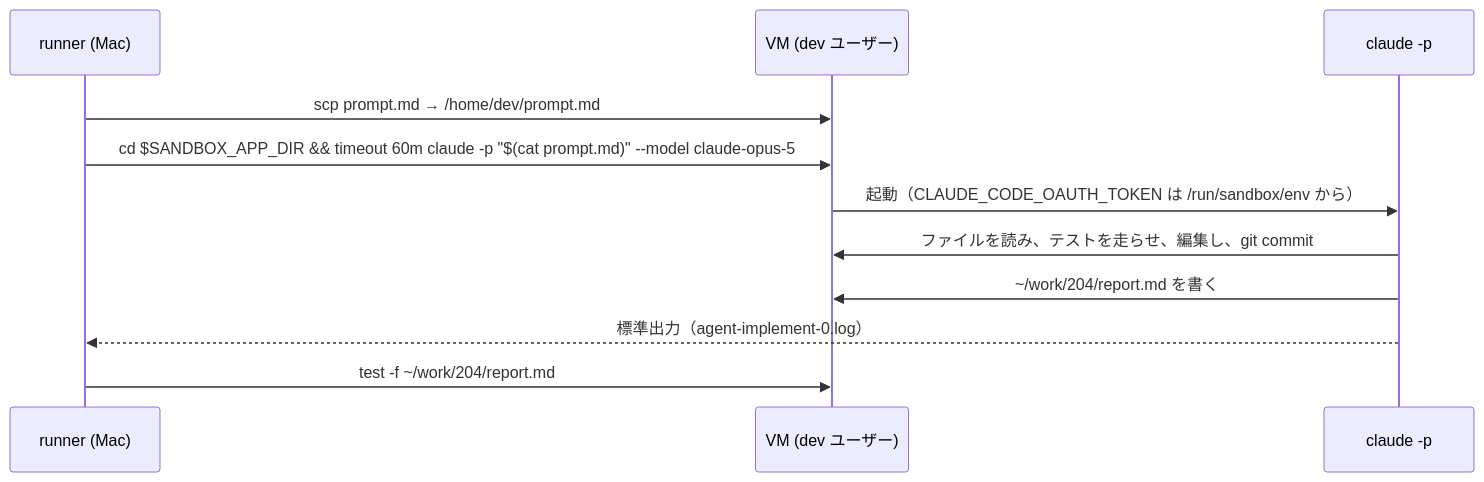
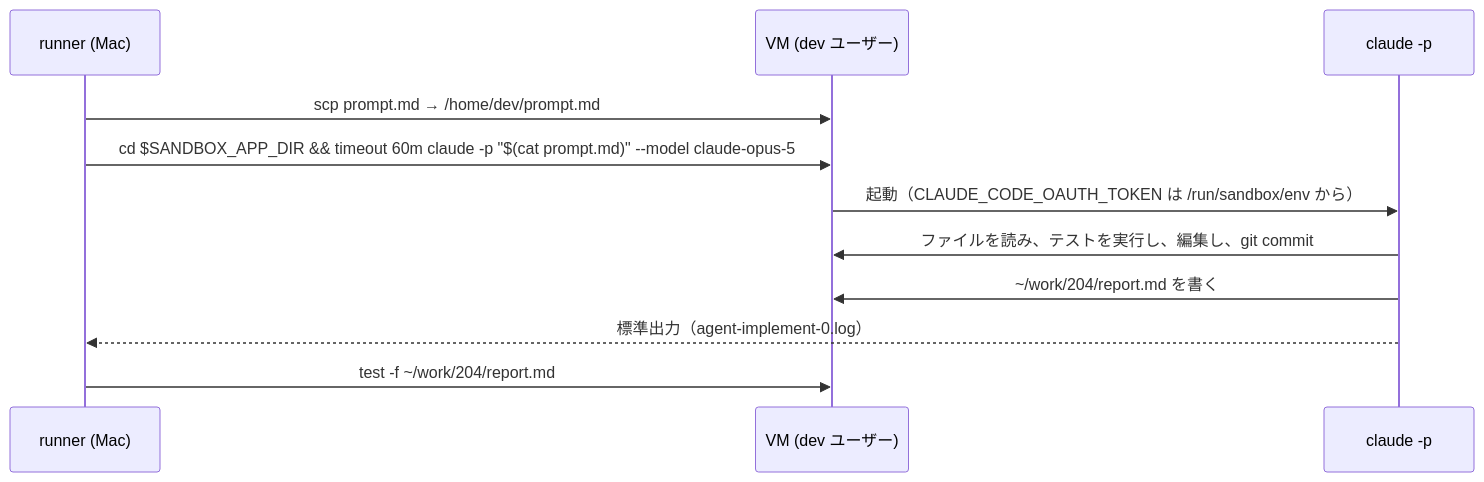
Before and after one commit to akkijp-oss/aifactory: the second of 2 diagrams in website/content/ja/concepts/where-llm-runs.md, drawn with Mermaid. The commit also changed other lines of this file and 40 other files, not shown here.

````diff
--- a/website/content/ja/concepts/where-llm-runs.md
+++ b/website/content/ja/concepts/where-llm-runs.md
@@ -61,13 +63,13 @@
 ```mermaid
 sequenceDiagram
   participant R as runner (Mac)
   participant V as VM (dev ユーザー)
   participant C as claude -p
   R->>V: scp prompt.md → /home/dev/prompt.md
   R->>V: cd $SANDBOX_APP_DIR && timeout 60m claude -p "$(cat prompt.md)" --model claude-opus-5
   V->>C: 起動（CLAUDE_CODE_OAUTH_TOKEN は /run/sandbox/env から）
-  C->>V: ファイルを読み、テストを走らせ、編集し、git commit
+  C->>V: ファイルを読み、テストを実行し、編集し、git commit
   C->>V: ~/work/204/report.md を書く
   C-->>R: 標準出力（agent-implement-0.log）
   R->>V: test -f ~/work/204/report.md
 ```
````
